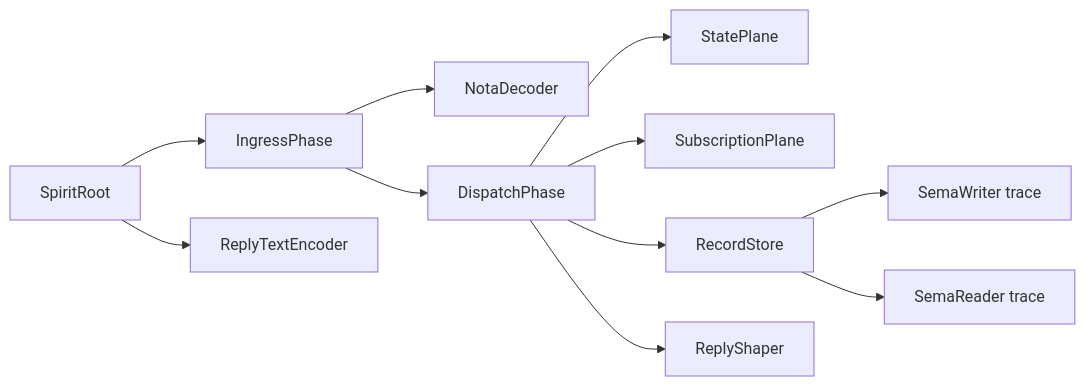
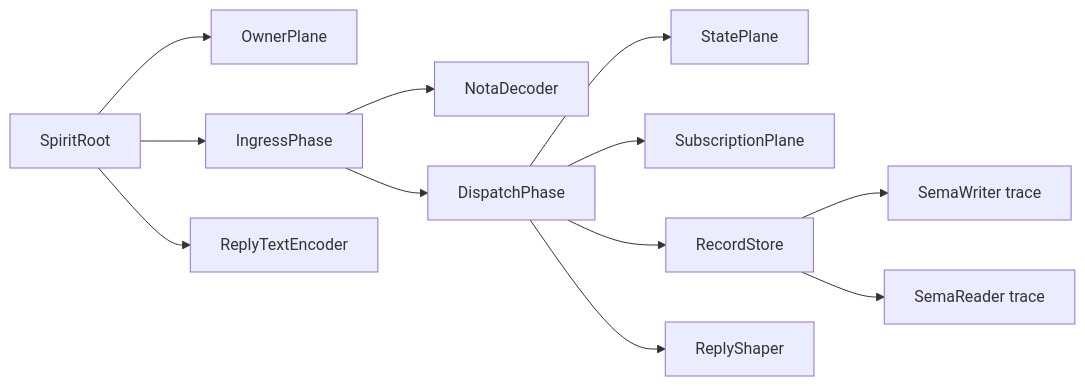
Before and after one commit to LiGoldragon/persona-spirit: the second of 2 diagrams in ARCHITECTURE.md, drawn with Mermaid. The commit also changed other lines of this file and 7 other files, not shown here.

Commit message:
persona-spirit: add owner lifecycle actor plane

````diff
--- a/ARCHITECTURE.md
+++ b/ARCHITECTURE.md
@@ -51,25 +51,27 @@
 ```mermaid
 flowchart LR
     root["SpiritRoot"]
+    owner["OwnerPlane"]
     ingress["IngressPhase"]
     decoder["NotaDecoder"]
     dispatch["DispatchPhase"]
     state["StatePlane"]
     subscription["SubscriptionPlane"]
     store["RecordStore"]
     shaper["ReplyShaper"]
     encoder["ReplyTextEncoder"]
     writer["SemaWriter trace"]
     reader["SemaReader trace"]
 
+    root --> owner
     root --> ingress
     ingress --> decoder
     ingress --> dispatch
     dispatch --> state
     dispatch --> subscription
     dispatch --> store
     dispatch --> shaper
     store --> writer
     store --> reader
     root --> encoder
 ```
````
